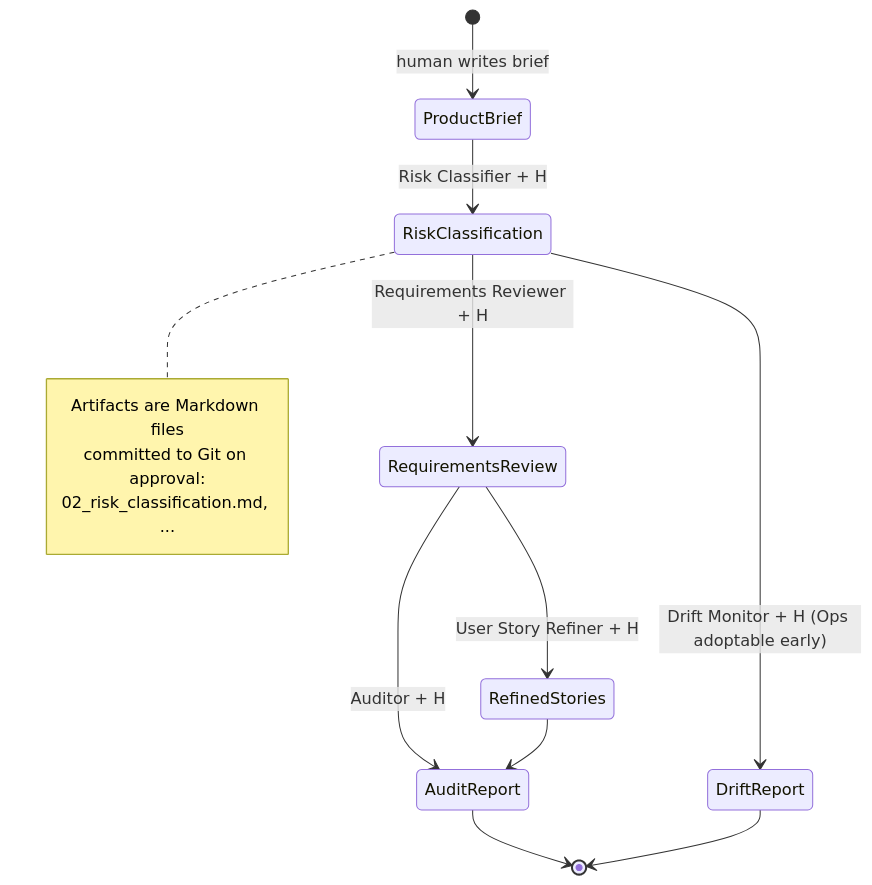
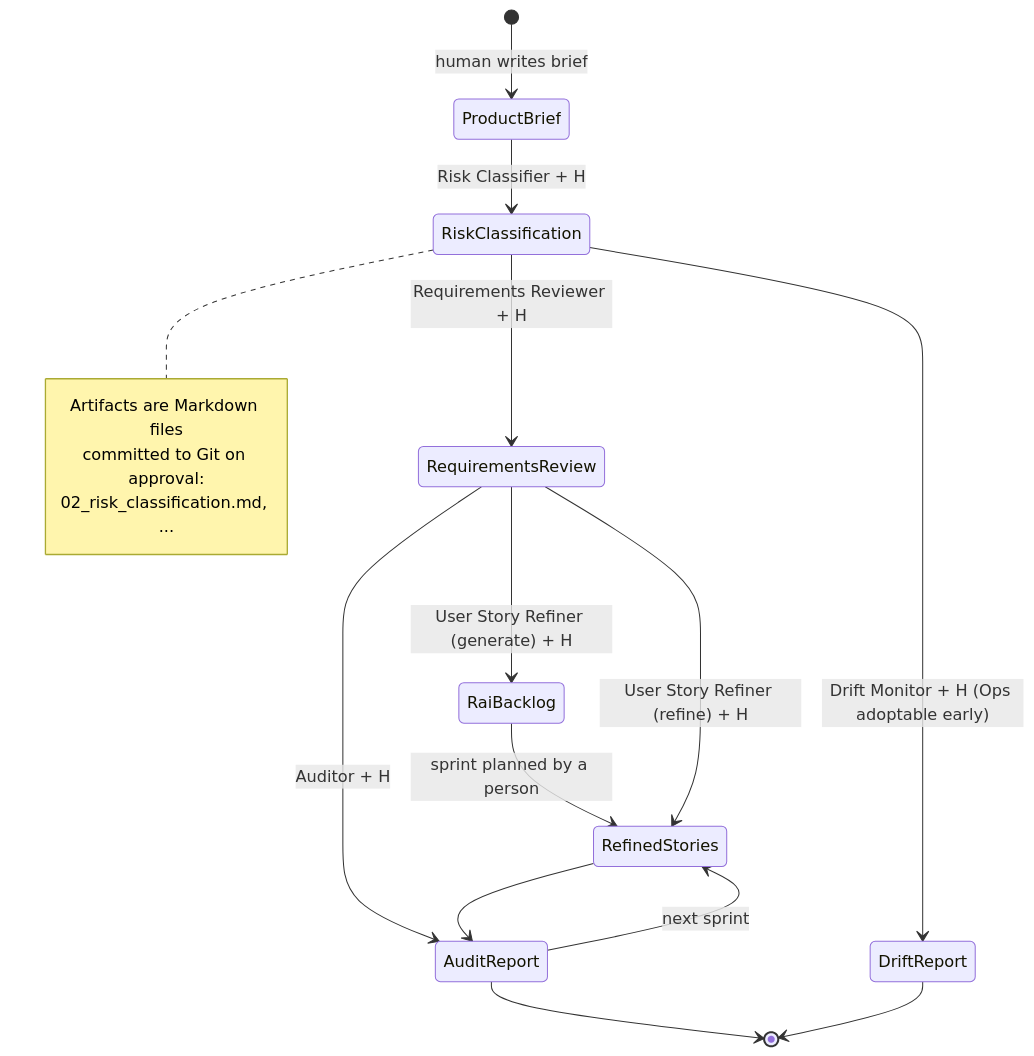
The tenth of 10 diagrams in docs/architecture.md (DiogoCampanha/raia), drawn with Mermaid before and after one commit. The commit also changed other lines of this file and 22 other files, not shown here.

````diff
--- a/docs/architecture.md
+++ b/docs/architecture.md
@@ -350,18 +392,21 @@
 ```mermaid
 stateDiagram-v2
     [*] --> ProductBrief : human writes brief
     ProductBrief --> RiskClassification : Risk Classifier + H
     RiskClassification --> RequirementsReview : Requirements Reviewer + H
-    RequirementsReview --> RefinedStories : User Story Refiner + H
+    RequirementsReview --> RaiBacklog : User Story Refiner (generate) + H
+    RaiBacklog --> RefinedStories : sprint planned by a person
+    RequirementsReview --> RefinedStories : User Story Refiner (refine) + H
     RequirementsReview --> AuditReport : Auditor + H
+    AuditReport --> RefinedStories : next sprint
     RiskClassification --> DriftReport : Drift Monitor + H (Ops adoptable early)
     RefinedStories --> AuditReport
     AuditReport --> [*]
     DriftReport --> [*]
 
     note right of RiskClassification
         Artifacts are Markdown files
         committed to Git on approval:
         02_risk_classification.md, ...
     end note
 ```
````
